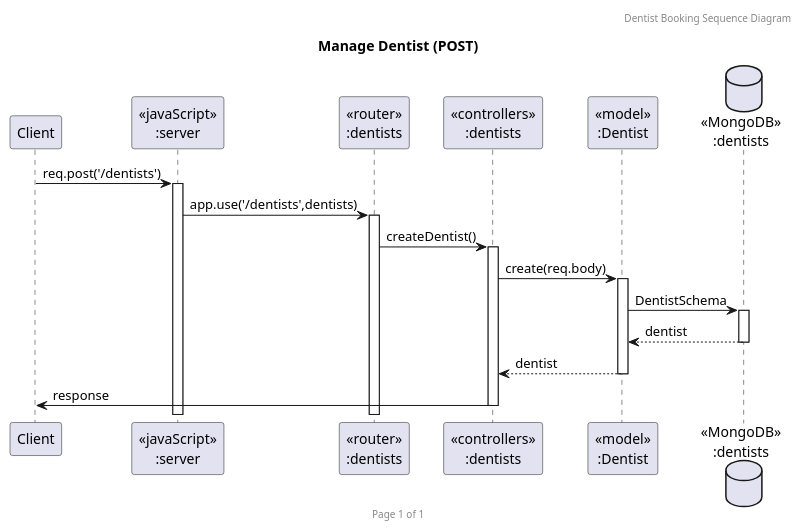
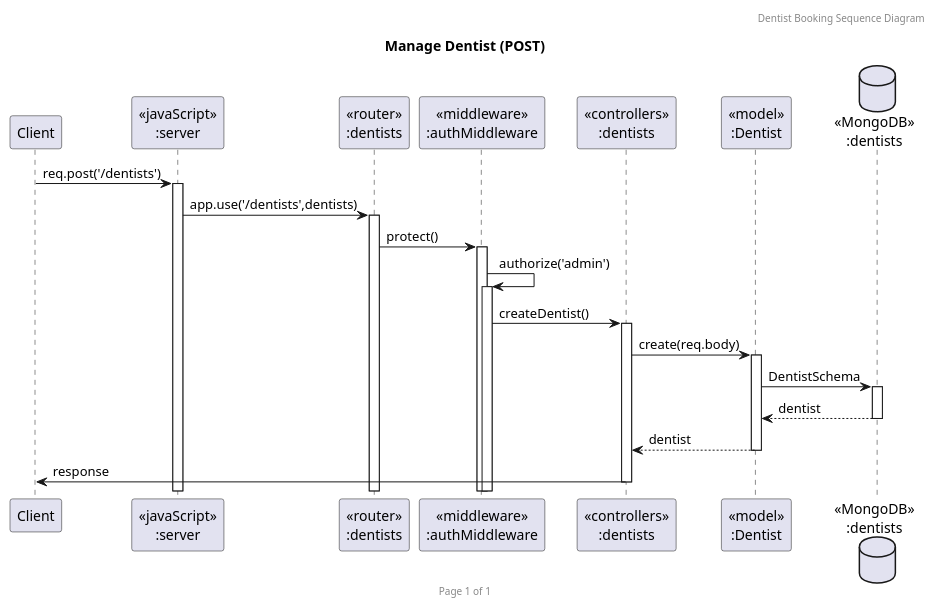
The diagram in doc/sequence_diagram/CreateDentist.puml (KoalaMuch/DentistBooking), drawn with PlantUML before and after one commit. The commit also changed 10 other files, not shown here.

Commit message:
add middleware in seq diagram

```diff
--- a/doc/sequence_diagram/CreateDentist.puml
+++ b/doc/sequence_diagram/CreateDentist.puml
@@ -1,23 +1,26 @@
 @startuml Manage Dentist (POST)
 
 header Dentist Booking Sequence Diagram
 footer Page %page% of %lastpage%
 title "Manage Dentist (POST)"
 
 participant "Client" as client
 participant "<<javaScript>>\n:server" as server
 participant "<<router>>\n:dentists" as routerDentists
+participant "<<middleware>>\n:authMiddleware" as authMiddleware
 participant "<<controllers>>\n:dentists" as controllersDentists
 participant "<<model>>\n:Dentist" as modelDentist
 database "<<MongoDB>>\n:dentists" as DentistsDatabase
 
 client->server ++:req.post('/dentists')
 server->routerDentists ++:app.use('/dentists',dentists)
-routerDentists -> controllersDentists ++:createDentist()
+routerDentists->authMiddleware ++:protect()
+authMiddleware->authMiddleware ++:authorize('admin')
+authMiddleware -> controllersDentists ++:createDentist()
 controllersDentists->modelDentist ++:create(req.body)
 modelDentist ->DentistsDatabase ++: DentistSchema
 DentistsDatabase --> modelDentist --: dentist
 controllersDentists <-- modelDentist --:dentist
 controllersDentists->client --:response
 
 @enduml
```
